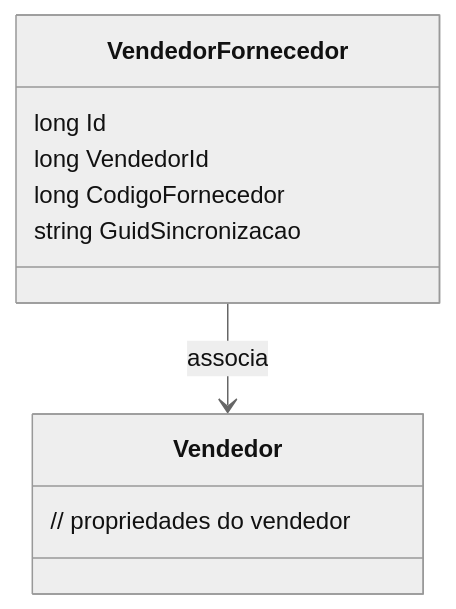
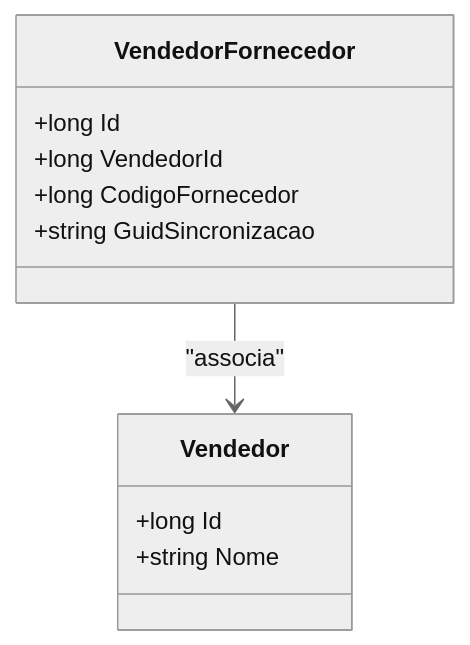
The diagram in docs/b2b-dominio/IsthmusWinthor.Nucleo/IsthmusWinthor.Dominio/Entidades/VendedorFornecedor.md (IsthmusSistemas/documentacao-tecnica), drawn with Mermaid (neutral theme) before and after one commit. The commit also changed other lines of this file and 882 other files, not shown here.

````diff
--- a/docs/b2b-dominio/IsthmusWinthor.Nucleo/IsthmusWinthor.Dominio/Entidades/VendedorFornecedor.md
+++ b/docs/b2b-dominio/IsthmusWinthor.Nucleo/IsthmusWinthor.Dominio/Entidades/VendedorFornecedor.md
@@ -21,14 +22,14 @@
 ```mermaid
 classDiagram
     class VendedorFornecedor {
-        long Id
-        long VendedorId
-        long CodigoFornecedor
-        string GuidSincronizacao
+        +long Id
+        +long VendedorId
+        +long CodigoFornecedor
+        +string GuidSincronizacao
     }
     class Vendedor {
-        // propriedades do vendedor
+        +long Id
+        +string Nome
     }
-    
-    VendedorFornecedor --> Vendedor : associa
+    VendedorFornecedor --> Vendedor : "associa"
 ```
````
